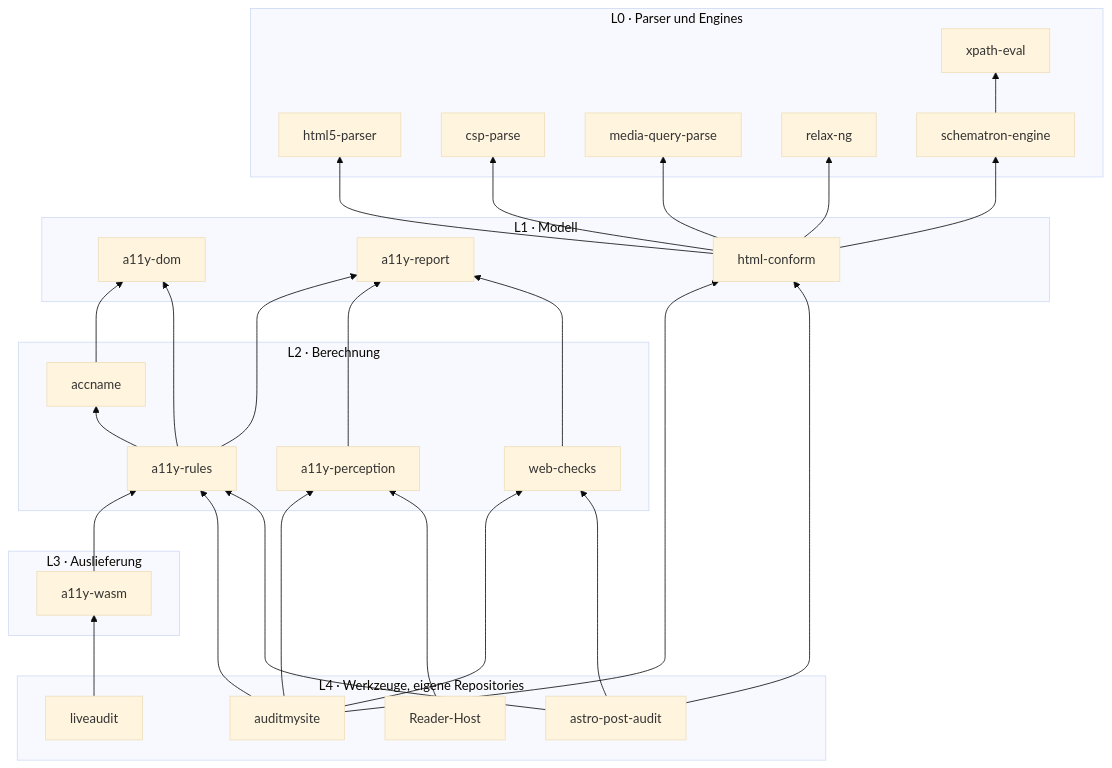
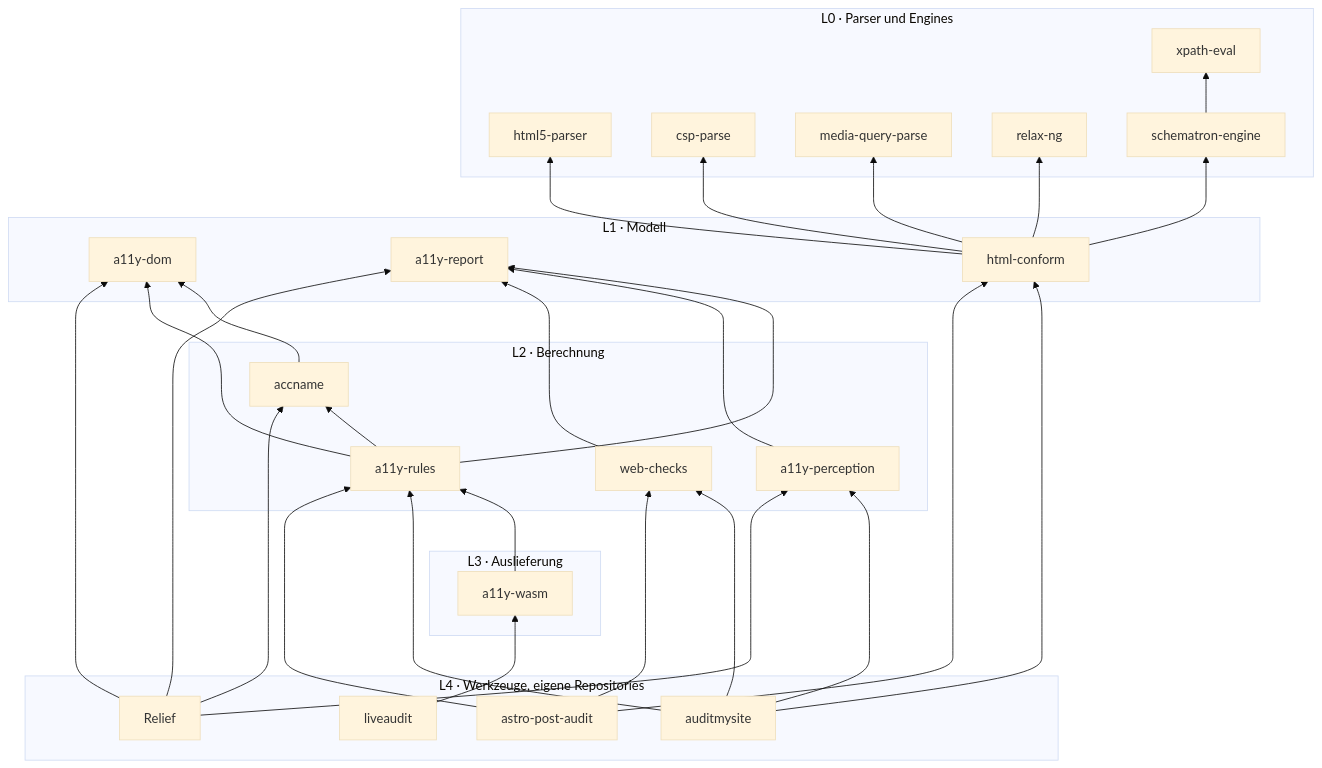
One commit to casoon/barrierlab changed the diagram in docs/architecture.md. Above: the diagram before and after it, drawn with Mermaid (base theme). The commit also changed other lines of this file and 3 other files, not shown here.

Commit message:
docs: Relief ersetzt den Reader-Host als Konsument

````diff
--- a/docs/architecture.md
+++ b/docs/architecture.md
@@ -16,43 +16,43 @@
 ```mermaid
 flowchart BT
   subgraph L0["L0 · Parser und Engines"]
     h5[html5-parser]
     csp[csp-parse]
     mq[media-query-parse]
     xp[xpath-eval]
     rng[relax-ng]
     sch[schematron-engine]
   end
   subgraph L1["L1 · Modell"]
     dom[a11y-dom]
     rep[a11y-report]
     hc[html-conform]
   end
   subgraph L2["L2 · Berechnung"]
     acc[accname]
     rules[a11y-rules]
     perc[a11y-perception]
     wc[web-checks]
   end
   subgraph L3["L3 · Auslieferung"]
     wasm[a11y-wasm]
   end
   subgraph L4["L4 · Werkzeuge, eigene Repositories"]
     ams[auditmysite]
     apa[astro-post-audit]
     la[liveaudit]
-    rd[Reader-Host]
+    rl[Relief]
   end
 
   sch --> xp
   hc --> h5 & csp & mq & rng & sch
   acc --> dom
   rules --> dom & rep & acc
   perc --> rep
   wc --> rep
   wasm --> rules
   ams --> rules & hc & perc & wc
   apa --> rules & hc & wc
   la --> wasm
-  rd --> perc
+  rl --> perc & acc & dom & rep
 ```
````
